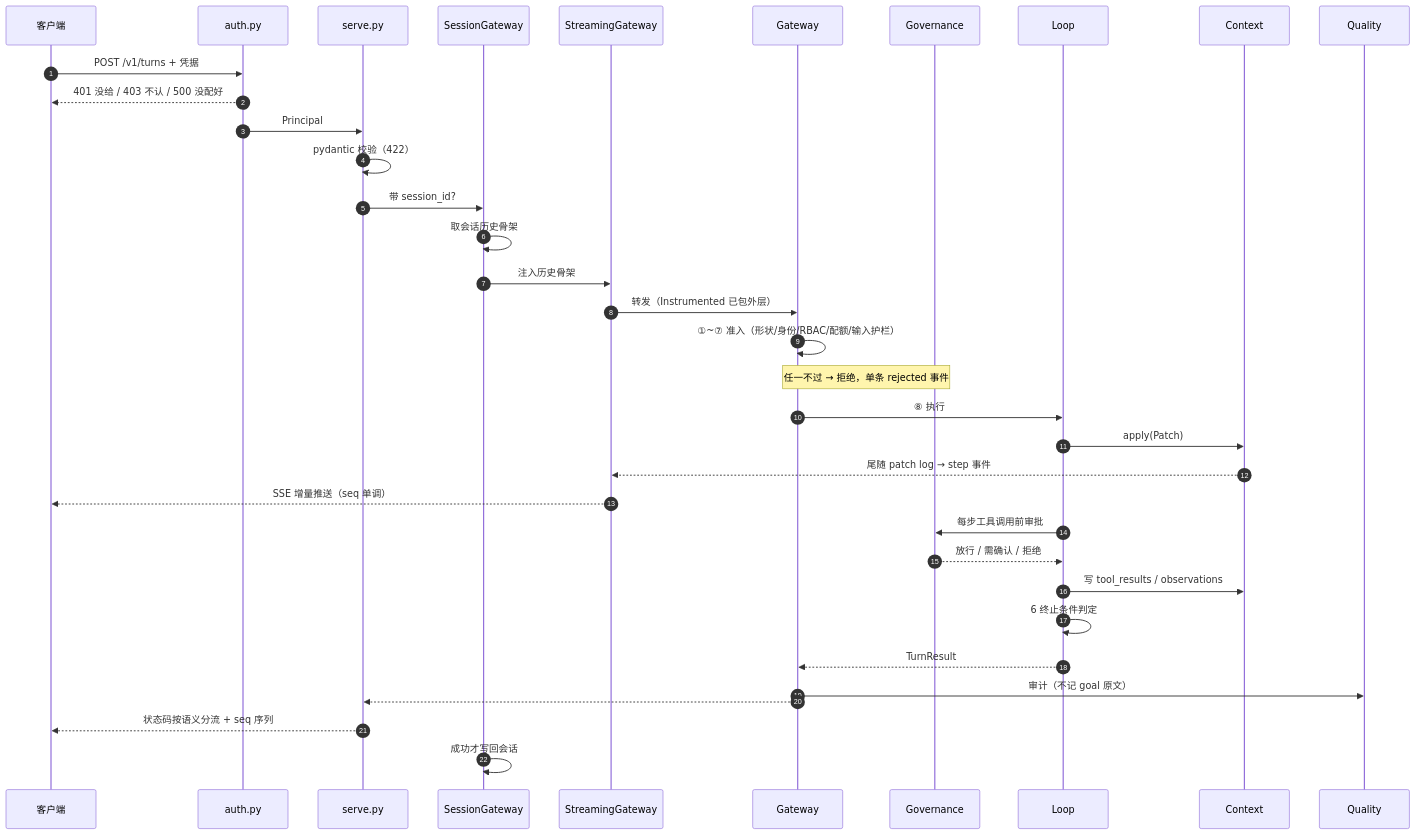
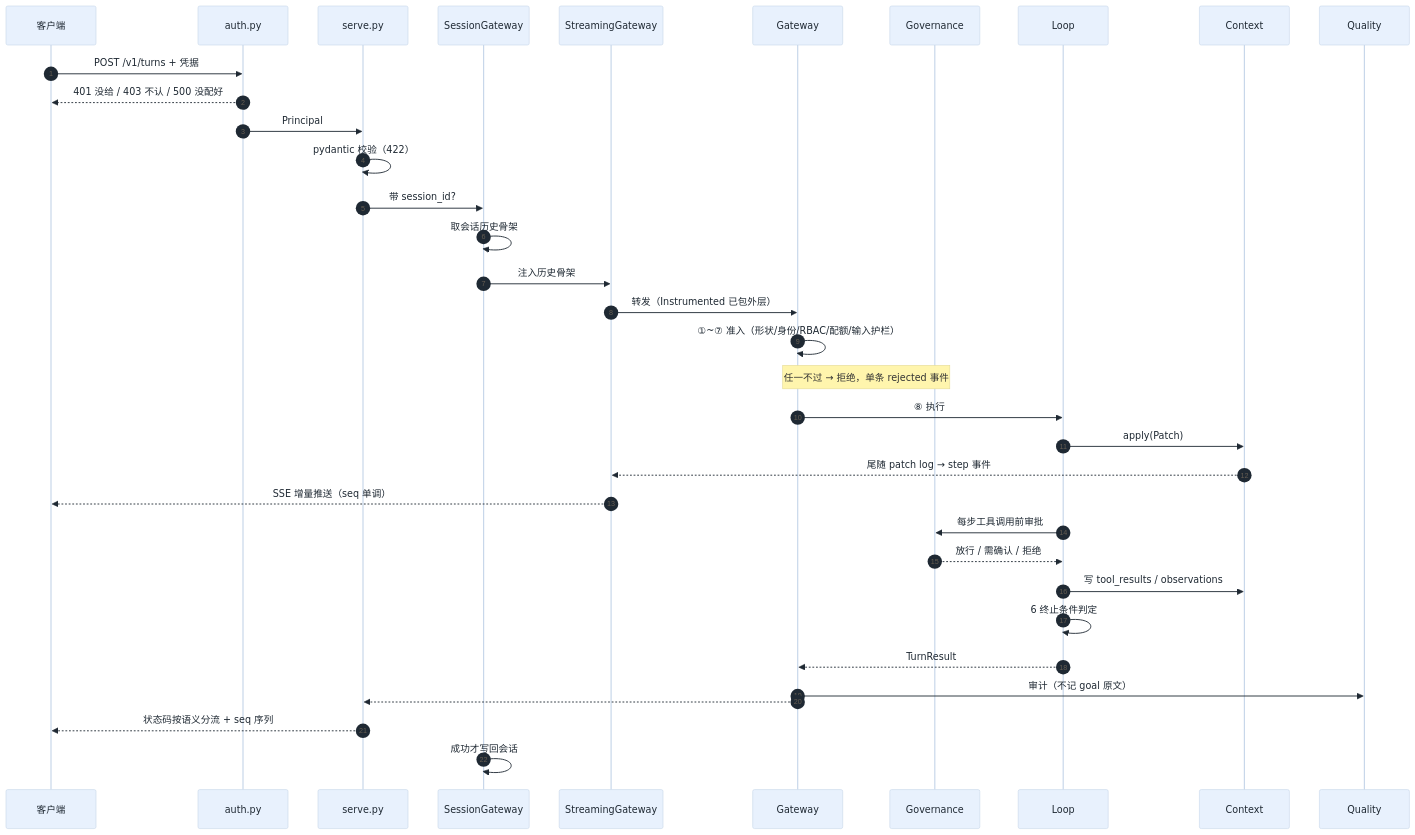
One commit to XiaoBinGan/Turing_AgentRuntime changed the second of 4 diagrams in docs/design/STATUS.md. Above: the diagram before and after it, drawn with Mermaid. The commit also changed other lines of this file and 5 other files, not shown here.

First line of the commit message:
Convert diagrams and site to a light theme

````diff
--- a/docs/design/STATUS.md
+++ b/docs/design/STATUS.md
@@ -117,38 +118,39 @@
 ```mermaid
+%%{init: {"theme":"base","themeVariables":{"background":"#ffffff","primaryColor":"#e8f1fd","primaryTextColor":"#1f2933","lineColor":"#9aa2ad","fontFamily":"-apple-system,BlinkMacSystemFont,Segoe UI,PingFang SC,sans-serif"}}}%%
 sequenceDiagram
     autonumber
     participant C as 客户端
     participant A as auth.py
     participant S as serve.py
     participant SG as SessionGateway
     participant ST as StreamingGateway
     participant G as Gateway
     participant GV as Governance
     participant L as Loop
     participant X as Context
     participant Q as Quality
 
     C->>A: POST /v1/turns + 凭据
     A-->>C: 401 没给 / 403 不认 / 500 没配好
     A->>S: Principal
     S->>S: pydantic 校验（422）
     S->>SG: 带 session_id?
     SG->>SG: 取会话历史骨架
     SG->>ST: 注入历史骨架
     ST->>G: 转发（Instrumented 已包外层）
     G->>G: ①~⑦ 准入（形状/身份/RBAC/配额/输入护栏）
     Note over G,GV: 任一不过 → 拒绝，单条 rejected 事件
     G->>L: ⑧ 执行
     L->>X: apply(Patch)
     X-->>ST: 尾随 patch log → step 事件
     ST-->>C: SSE 增量推送（seq 单调）
     L->>GV: 每步工具调用前审批
     GV-->>L: 放行 / 需确认 / 拒绝
     L->>X: 写 tool_results / observations
     L->>L: 6 终止条件判定
     L-->>G: TurnResult
     G->>Q: 审计（不记 goal 原文）
     G-->>S: 
     S-->>C: 状态码按语义分流 + seq 序列
     SG->>SG: 成功才写回会话
 ```
````
